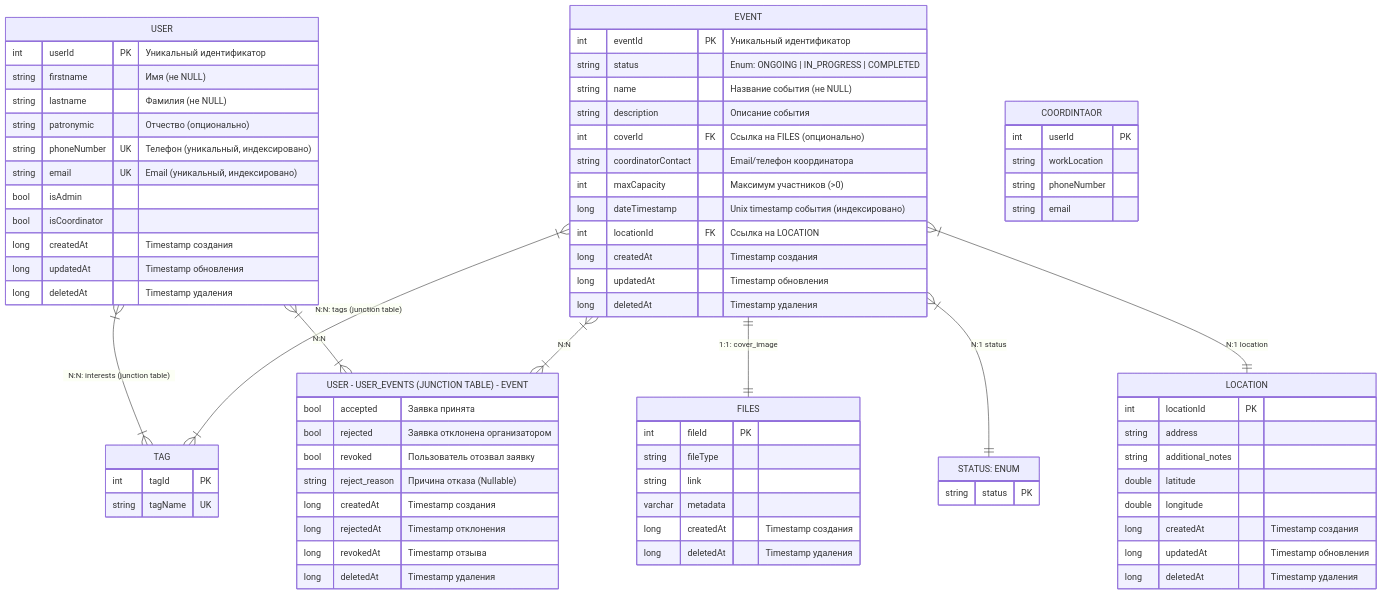
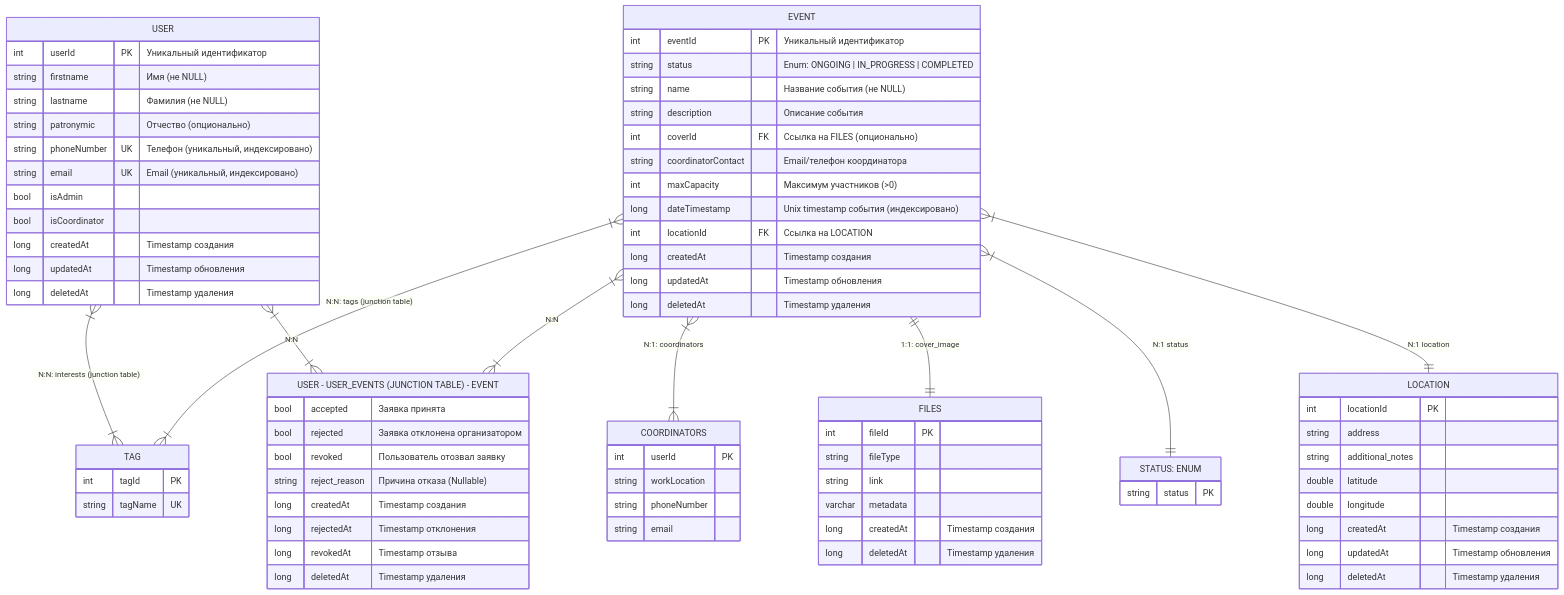
The third of 3 diagrams in documentation/architecture/erd.md (ADT-VOLUNTEERS-CASE/.github), drawn with Mermaid before and after one commit. The commit also changed other lines of this file, not shown here.

Commit message:
Add: COORDINATOR-EVENT link Fix: typo in "coordinators" word

```diff
--- a/documentation/architecture/erd.md
+++ b/documentation/architecture/erd.md
@@ -167,7 +167,7 @@
       long deletedAt "Timestamp удаления"
    }
    
-   COORDINTAOR {
+   COORDINATORS {
        int userId PK
        string workLocation
        string phoneNumber
@@ -193,6 +193,7 @@
    USER }|--|{ TAG: "N:N: interests (junction table)"
    USER }|--|{ USER_EVENTS: "N:N"
    
+   EVENT }|--|{ COORDINATORS: "N:1: coordinators"
    EVENT }|--|{ USER_EVENTS: "N:N"
    EVENT }|--|{ TAG: "N:N: tags (junction table)"
    EVENT ||--|| FILES: "1:1: cover_image"
```
